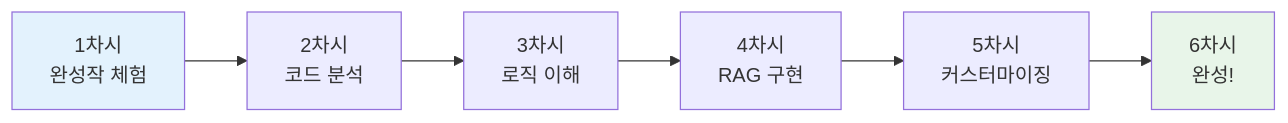
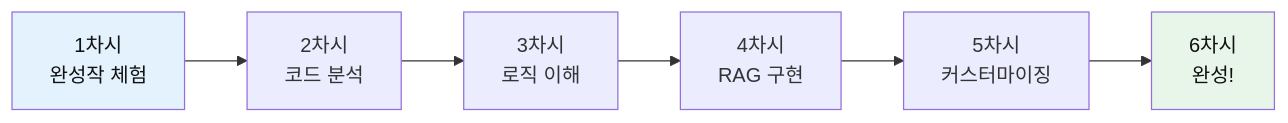
Before and after one commit to Collegenie-X/AIMakerLab_Web: diagram 22 of 23 in documents/6차식/6차시_고등_대화형스토리Agent_역공부.md, drawn with Mermaid. The commit also changed other lines of this file and 24 other files, not shown here.

````diff
--- a/documents/6차식/6차시_고등_대화형스토리Agent_역공부.md
+++ b/documents/6차식/6차시_고등_대화형스토리Agent_역공부.md
@@ -1881,11 +2270,11 @@
 ```mermaid
 graph LR
     A[1차시<br/>완성작 체험] --> B[2차시<br/>코드 분석]
     B --> C[3차시<br/>로직 이해]
     C --> D[4차시<br/>RAG 구현]
     D --> E[5차시<br/>커스터마이징]
     E --> F[6차시<br/>완성!]
     
-    style A fill:#e3f2fd
-    style F fill:#e8f5e9
+    style A fill:#e3f2fd,color:#111
+    style F fill:#e8f5e9,color:#111
 ```
````
